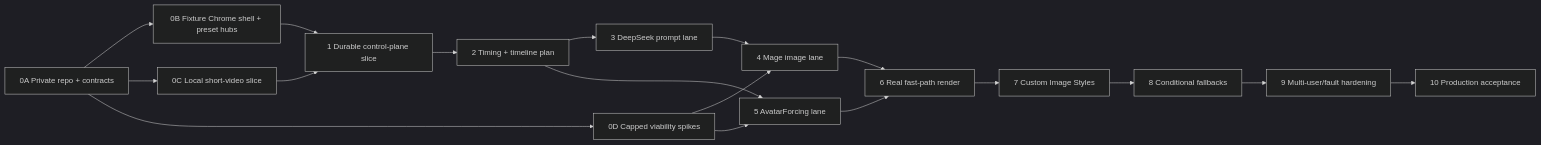
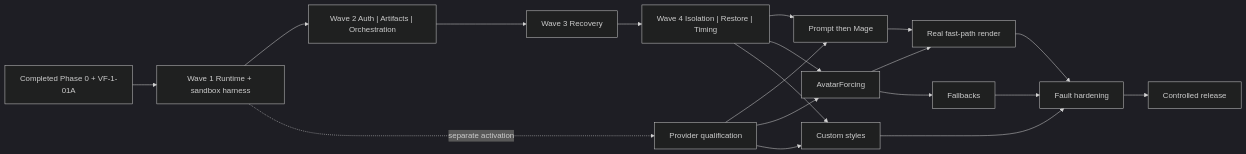
Before and after one commit to Pala-LakshmanSai/videoforge: the diagram in project-context/12_DEVELOPMENT_PLAN.md, drawn with Mermaid (dark theme). The commit also changed other lines of this file and 20 other files, not shown here.

```diff
--- a/project-context/12_DEVELOPMENT_PLAN.md
+++ b/project-context/12_DEVELOPMENT_PLAN.md
@@ -17,20 +21,21 @@
 ~~~mermaid
 flowchart LR
-    A["0A Private repo + contracts"] --> B["0B Fixture Chrome shell + preset hubs"]
-    A --> C["0C Local short-video slice"]
-    A --> D["0D Capped viability spikes"]
-    B --> E["1 Durable control-plane slice"]
-    C --> E
-    E --> F["2 Timing + timeline plan"]
-    F --> G["3 DeepSeek prompt lane"]
-    G --> H["4 Mage image lane"]
-    D --> H
-    F --> I["5 AvatarForcing lane"]
-    D --> I
-    H --> J["6 Real fast-path render"]
-    I --> J
-    J --> K["7 Custom Image Styles"]
-    K --> L["8 Conditional fallbacks"]
-    L --> M["9 Multi-user/fault hardening"]
-    M --> N["10 Production acceptance"]
+    A["Completed Phase 0 + VF-1-01A"] --> B["Wave 1 Runtime + sandbox harness"]
+    B --> C["Wave 2 Auth | Artifacts | Orchestration"]
+    C --> D["Wave 3 Recovery"]
+    B -. "separate activation" .-> V["Provider qualification"]
+    D --> E["Wave 4 Isolation | Restore | Timing"]
+    E --> F["Prompt then Mage"]
+    E --> G["AvatarForcing"]
+    E --> H["Custom styles"]
+    V --> F
+    V --> G
+    V --> H
+    F --> I["Real fast-path render"]
+    G --> I
+    G --> J["Fallbacks"]
+    I --> K["Fault hardening"]
+    H --> K
+    J --> K
+    K --> L["Controlled release"]
 ~~~
```
